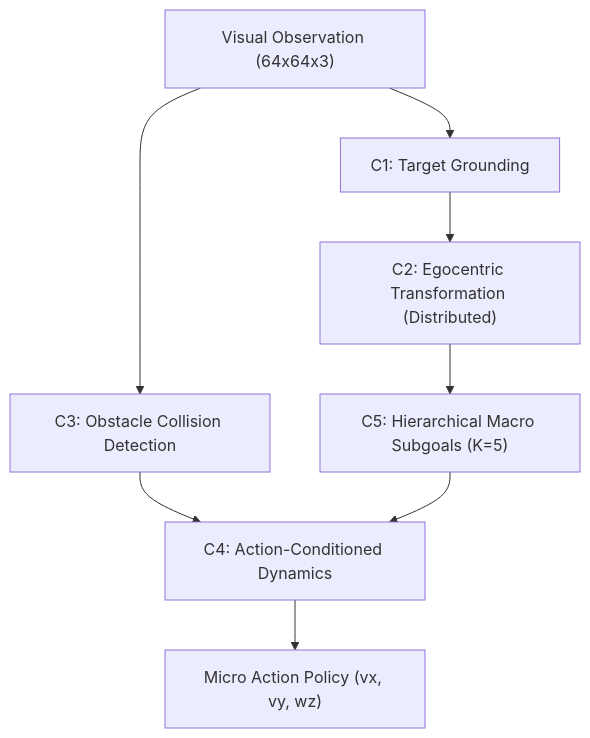
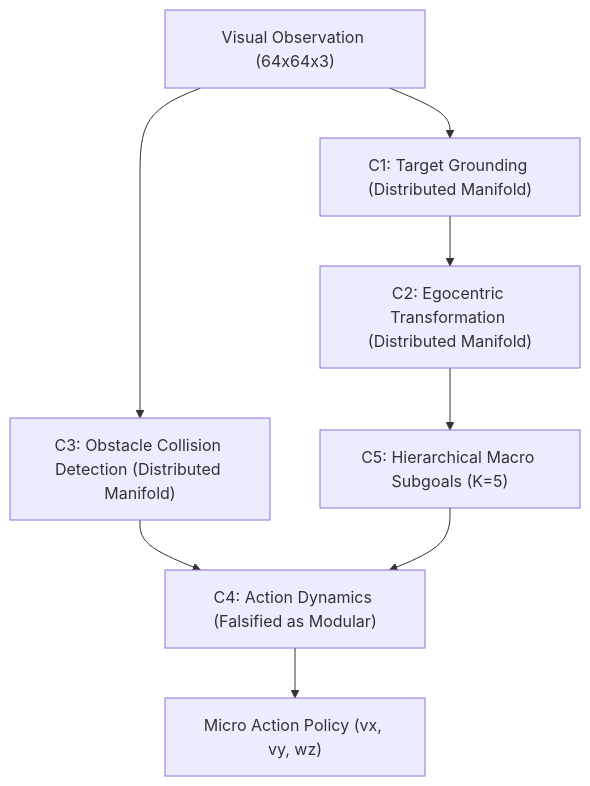
The diagram in research/reports/causal_circuit_report.md (BrianHadianSTEI23/project-haphaestus), drawn with Mermaid before and after one commit. The commit also changed other lines of this file and 60 other files, not shown here.

Commit message:
feat(scientific-audit): complete matched temporal controls, rigorous behavioral circuits, Track C visual grounding, and truth reconciliation

````diff
--- a/research/reports/causal_circuit_report.md
+++ b/research/reports/causal_circuit_report.md
@@ -61,10 +55,10 @@
 ```mermaid
 flowchart TD
-    VisualInput["Visual Observation (64x64x3)"] --> C1["C1: Target Grounding"]
-    C1 --> C2["C2: Egocentric Transformation (Distributed)"]
-    VisualInput --> C3["C3: Obstacle Collision Detection"]
+    VisualInput["Visual Observation (64x64x3)"] --> C1["C1: Target Grounding (Distributed Manifold)"]
+    C1 --> C2["C2: Egocentric Transformation (Distributed Manifold)"]
+    VisualInput --> C3["C3: Obstacle Collision Detection (Distributed Manifold)"]
     C2 --> C5["C5: Hierarchical Macro Subgoals (K=5)"]
-    C3 --> C4["C4: Action-Conditioned Dynamics"]
+    C3 --> C4["C4: Action Dynamics (Falsified as Modular)"]
     C5 --> C4
     C4 --> MicroPolicy["Micro Action Policy (vx, vy, wz)"]
 ```
````
